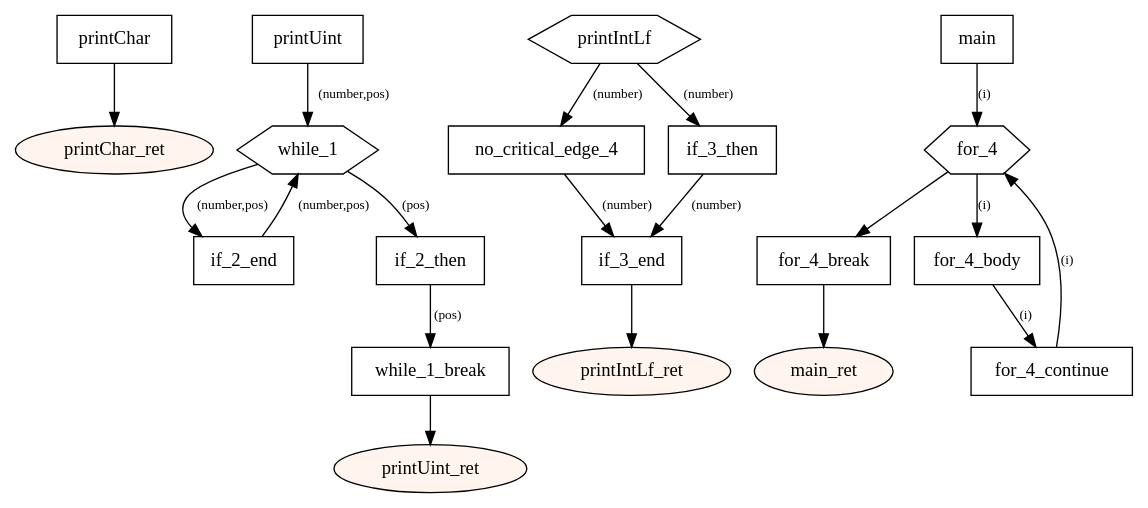
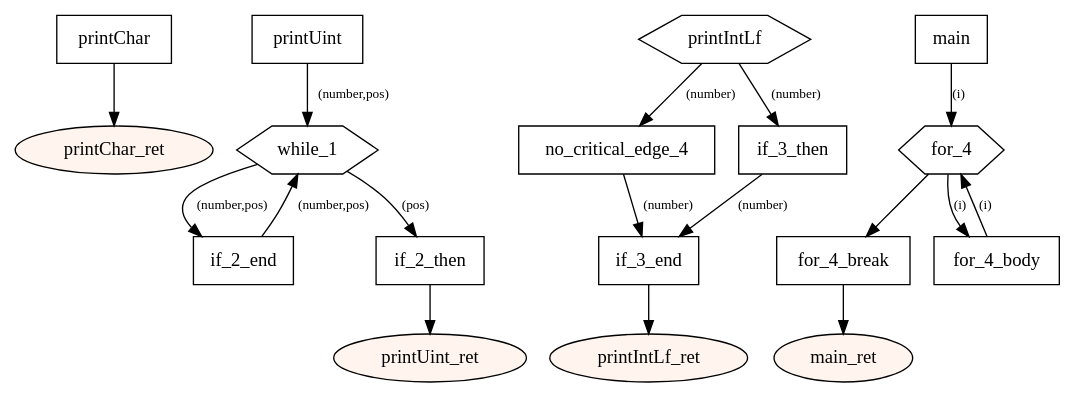
Before and after one commit to tmssngr/tinyC: the diagram in src/main/resources-test/04 types.dot, drawn with Graphviz. The commit also changed 34 other files, not shown here.

```diff
--- a/src/main/resources-test/04 types.dot
+++ b/src/main/resources-test/04 types.dot
@@ -1,48 +1,44 @@
 digraph program {
 	edge[fontsize="10pt"];
 	subgraph fn_printChar {
 		BasicBlock_0_printChar [label="printChar",shape=box];
 		BasicBlock_0_printChar -> BasicBlock_0_printChar_ret;
 		BasicBlock_0_printChar_ret [label="printChar_ret",shape=oval,style=filled,fillcolor="#fff5ee"];
 	}
 	subgraph fn_printUint {
 		BasicBlock_1_printUint [label="printUint",shape=box];
 		BasicBlock_1_printUint -> BasicBlock_1_while_1 [label="(number,pos)"];
 		BasicBlock_1_while_1 [label="while_1",shape=hexagon];
 		BasicBlock_1_while_1 -> BasicBlock_1_if_2_end [label="(number,pos)"];
 		BasicBlock_1_while_1 -> BasicBlock_1_if_2_then [label="(pos)"];
 		BasicBlock_1_if_2_then [label="if_2_then",shape=box];
-		BasicBlock_1_if_2_then -> BasicBlock_1_while_1_break [label="(pos)"];
-		BasicBlock_1_while_1_break [label="while_1_break",shape=box];
-		BasicBlock_1_while_1_break -> BasicBlock_1_printUint_ret;
+		BasicBlock_1_if_2_then -> BasicBlock_1_printUint_ret;
 		BasicBlock_1_if_2_end [label="if_2_end",shape=box];
 		BasicBlock_1_if_2_end -> BasicBlock_1_while_1 [label="(number,pos)"];
 		BasicBlock_1_printUint_ret [label="printUint_ret",shape=oval,style=filled,fillcolor="#fff5ee"];
 	}
 	subgraph fn_printIntLf {
 		BasicBlock_2_printIntLf [label="printIntLf",shape=hexagon];
 		BasicBlock_2_printIntLf -> BasicBlock_2_no_critical_edge_4 [label="(number)"];
 		BasicBlock_2_printIntLf -> BasicBlock_2_if_3_then [label="(number)"];
 		BasicBlock_2_if_3_then [label="if_3_then",shape=box];
 		BasicBlock_2_if_3_then -> BasicBlock_2_if_3_end [label="(number)"];
 		BasicBlock_2_no_critical_edge_4 [label="no_critical_edge_4",shape=box];
 		BasicBlock_2_no_critical_edge_4 -> BasicBlock_2_if_3_end [label="(number)"];
 		BasicBlock_2_if_3_end [label="if_3_end",shape=box];
 		BasicBlock_2_if_3_end -> BasicBlock_2_printIntLf_ret;
 		BasicBlock_2_printIntLf_ret [label="printIntLf_ret",shape=oval,style=filled,fillcolor="#fff5ee"];
 	}
 	subgraph fn_main {
 		BasicBlock_3_main [label="main",shape=box];
 		BasicBlock_3_main -> BasicBlock_3_for_4 [label="(i)"];
 		BasicBlock_3_for_4 [label="for_4",shape=hexagon];
 		BasicBlock_3_for_4 -> BasicBlock_3_for_4_break;
 		BasicBlock_3_for_4 -> BasicBlock_3_for_4_body [label="(i)"];
 		BasicBlock_3_for_4_body [label="for_4_body",shape=box];
-		BasicBlock_3_for_4_body -> BasicBlock_3_for_4_continue [label="(i)"];
-		BasicBlock_3_for_4_continue [label="for_4_continue",shape=box];
-		BasicBlock_3_for_4_continue -> BasicBlock_3_for_4 [label="(i)"];
+		BasicBlock_3_for_4_body -> BasicBlock_3_for_4 [label="(i)"];
 		BasicBlock_3_for_4_break [label="for_4_break",shape=box];
 		BasicBlock_3_for_4_break -> BasicBlock_3_main_ret;
 		BasicBlock_3_main_ret [label="main_ret",shape=oval,style=filled,fillcolor="#fff5ee"];
 	}
 }
```
